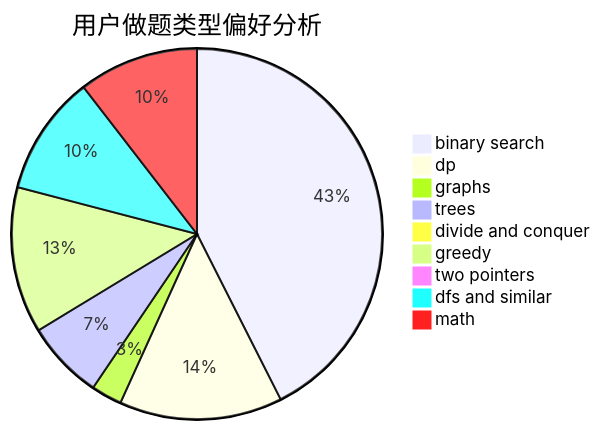
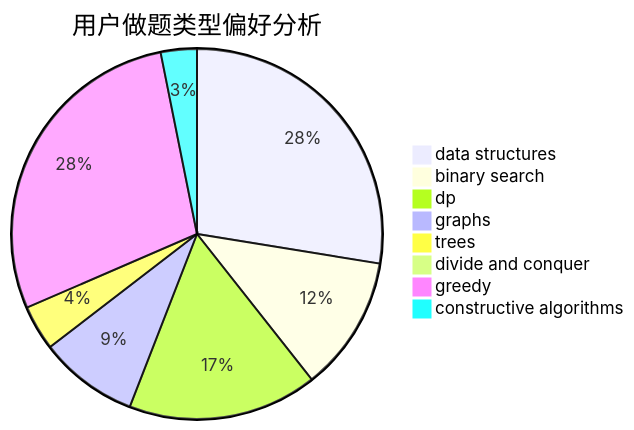
One commit to sherpahu/cfrs.github.io changed the second of 3 diagrams in docs/user/u1867.md. Above: the diagram before and after it, drawn with Mermaid. The commit also changed other lines of this file and 2775 other files, not shown here.

````diff
--- a/docs/user/u1867.md
+++ b/docs/user/u1867.md
@@ -23,12 +23,11 @@
 ```mermaid
 pie title 用户做题类型偏好分析
-    "binary search" :  317
-    "dp" :  106
-    "graphs" :  20
-    "trees" :  51
+    "data structures" :  35
+    "binary search" :  15
+    "dp" :  21
+    "graphs" :  11
+    "trees" :  5
     "divide and conquer" :  0
-    "greedy" :  95
-    "two pointers" :  0
-    "dfs and similar" :  78
-    "math" :  78
+    "greedy" :  36
+    "constructive algorithms" :  4
 ```
````
